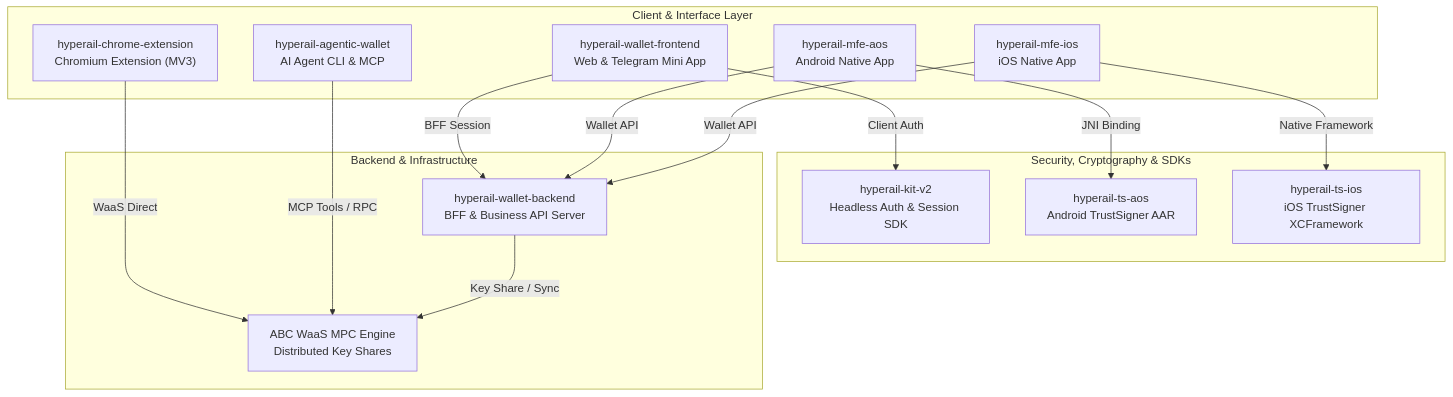
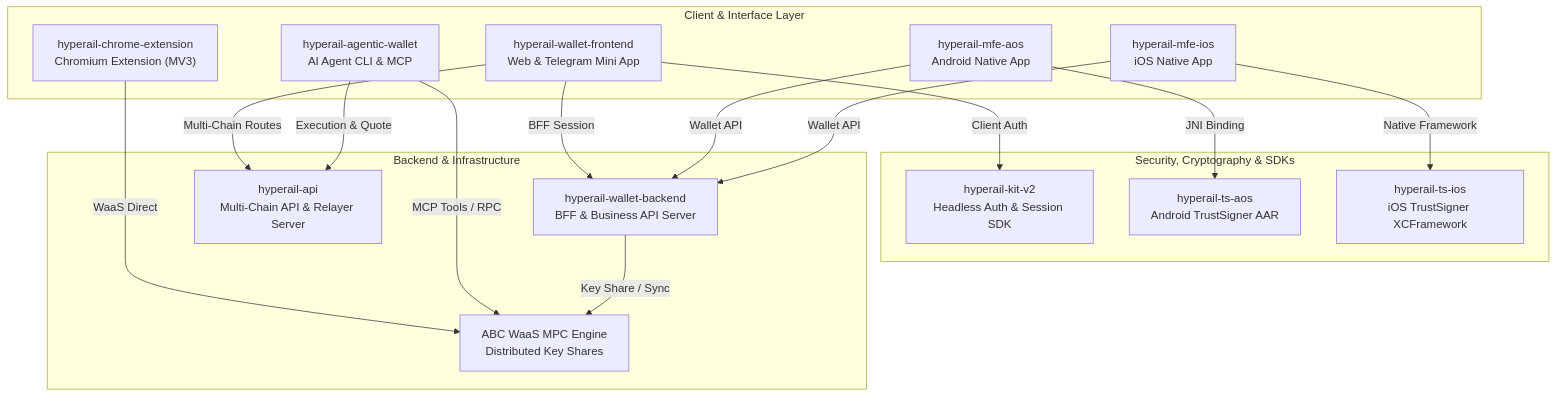
The diagram in README.md (hyperail/.github), drawn with Mermaid before and after one commit. The commit also changed other lines of this file and 1 other file, not shown here.

Commit message:
docs: add hyperail-api to organization profile architecture and inventory

````diff
--- a/README.md
+++ b/README.md
@@ -18,31 +18,34 @@
 ```mermaid
 flowchart TD
     subgraph Clients ["Client & Interface Layer"]
         WEB["hyperail-wallet-frontend<br/>Web & Telegram Mini App"]
         EXT["hyperail-chrome-extension<br/>Chromium Extension (MV3)"]
         AOS["hyperail-mfe-aos<br/>Android Native App"]
         IOS["hyperail-mfe-ios<br/>iOS Native App"]
         AGENT["hyperail-agentic-wallet<br/>AI Agent CLI & MCP"]
     end
 
     subgraph Security_SDK ["Security, Cryptography & SDKs"]
         KIT["hyperail-kit-v2<br/>Headless Auth & Session SDK"]
         TS_AOS["hyperail-ts-aos<br/>Android TrustSigner AAR"]
         TS_IOS["hyperail-ts-ios<br/>iOS TrustSigner XCFramework"]
     end
 
     subgraph Backend_MPC ["Backend & Infrastructure"]
         BE["hyperail-wallet-backend<br/>BFF & Business API Server"]
+        API["hyperail-api<br/>Multi-Chain API & Relayer Server"]
         WAAS["ABC WaaS MPC Engine<br/>Distributed Key Shares"]
     end
 
     WEB -->|BFF Session| BE
     WEB -->|Client Auth| KIT
+    WEB -->|Multi-Chain Routes| API
     EXT -->|WaaS Direct| WAAS
     AOS -->|JNI Binding| TS_AOS
     AOS -->|Wallet API| BE
     IOS -->|Native Framework| TS_IOS
     IOS -->|Wallet API| BE
     AGENT -->|MCP Tools / RPC| WAAS
+    AGENT -->|Execution & Quote| API
     BE -->|Key Share / Sync| WAAS
 ```
````
